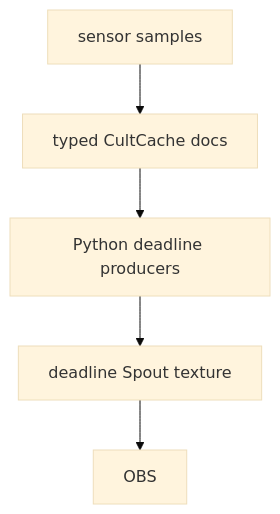
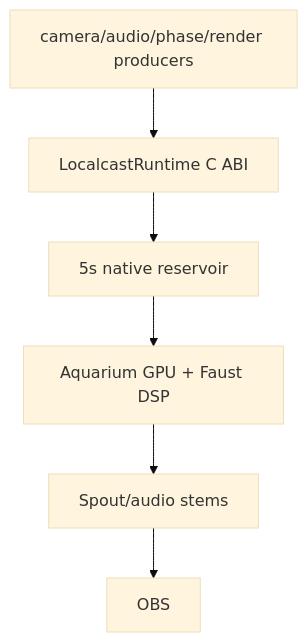
One commit to GameCult/Mimir changed the first of 2 diagrams in docs/perfect-machine.md. Above: the diagram before and after it, drawn with Mermaid (base theme). The commit also changed other lines of this file and 7 other files, not shown here.

Commit message:
Add native runtime producer spine

````diff
--- a/docs/perfect-machine.md
+++ b/docs/perfect-machine.md
@@ -16,7 +16,8 @@
 ```mermaid
 flowchart TD
-    A["sensor samples"] --> B["typed CultCache docs"]
-    B --> C["Python deadline producers"]
-    C --> D["deadline Spout texture"]
-    D --> E["OBS"]
+    A["camera/audio/phase/render producers"] --> B["LocalcastRuntime C ABI"]
+    B --> C["5s native reservoir"]
+    C --> D["Aquarium GPU + Faust DSP"]
+    D --> E["Spout/audio stems"]
+    E --> F["OBS"]
 ```
````
